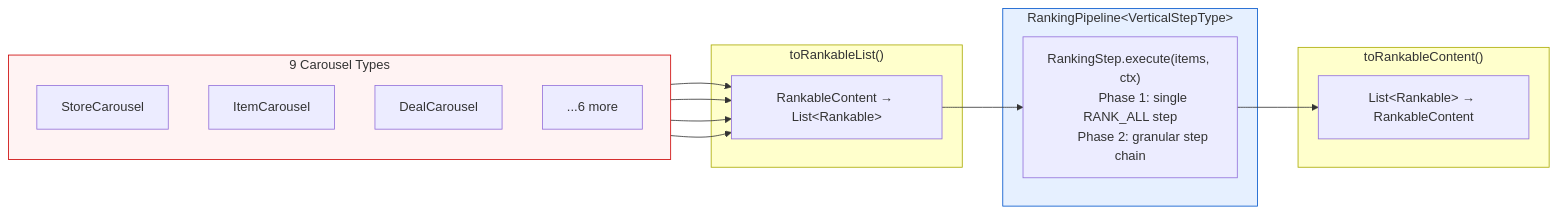
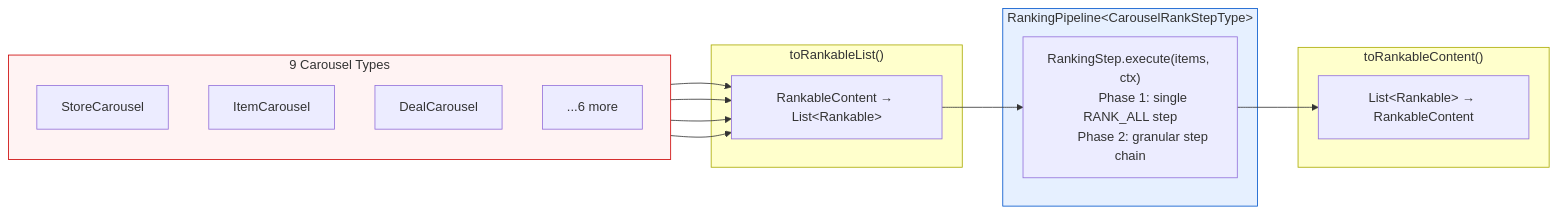
The first of 4 diagrams in unified-blending-platform/spec/rfc-abstraction-layer.md (daniel-fonyo/dd-brain), drawn with Mermaid before and after one commit. The commit also changed other lines of this file and 1 other file, not shown here.

First line of the commit message:
Rename Vertical/Horizontal → CarouselRank/IntraCarouselRank

````diff
--- a/unified-blending-platform/spec/rfc-abstraction-layer.md
+++ b/unified-blending-platform/spec/rfc-abstraction-layer.md
@@ -150,38 +150,38 @@
 ```mermaid
 flowchart LR
     subgraph sources["9 Carousel Types"]
         direction TB
         T1["StoreCarousel"]
         T2["ItemCarousel"]
         T3["DealCarousel"]
         T4["...6 more"]
     end
 
     subgraph convert["toRankableList()"]
         A["RankableContent → List&lt;Rankable&gt;"]
     end
 
     T1 --> A
     T2 --> A
     T3 --> A
     T4 --> A
 
-    subgraph pipeline["RankingPipeline&lt;VerticalStepType&gt;"]
+    subgraph pipeline["RankingPipeline&lt;CarouselRankStepType&gt;"]
         ENG["RankingStep.execute(items, ctx)
         Phase 1: single RANK_ALL step
         Phase 2: granular step chain"]
     end
 
     A --> ENG
 
     subgraph writeback["toRankableContent()"]
         WB["List&lt;Rankable&gt; → RankableContent"]
     end
 
     ENG --> WB
 
     style sources fill:#fff3f3,stroke:#cc0000
     style convert fill:#ffffcc,stroke:#aaaa00
     style pipeline fill:#e6f0ff,stroke:#0055cc
     style writeback fill:#ffffcc,stroke:#aaaa00
 ```
````
